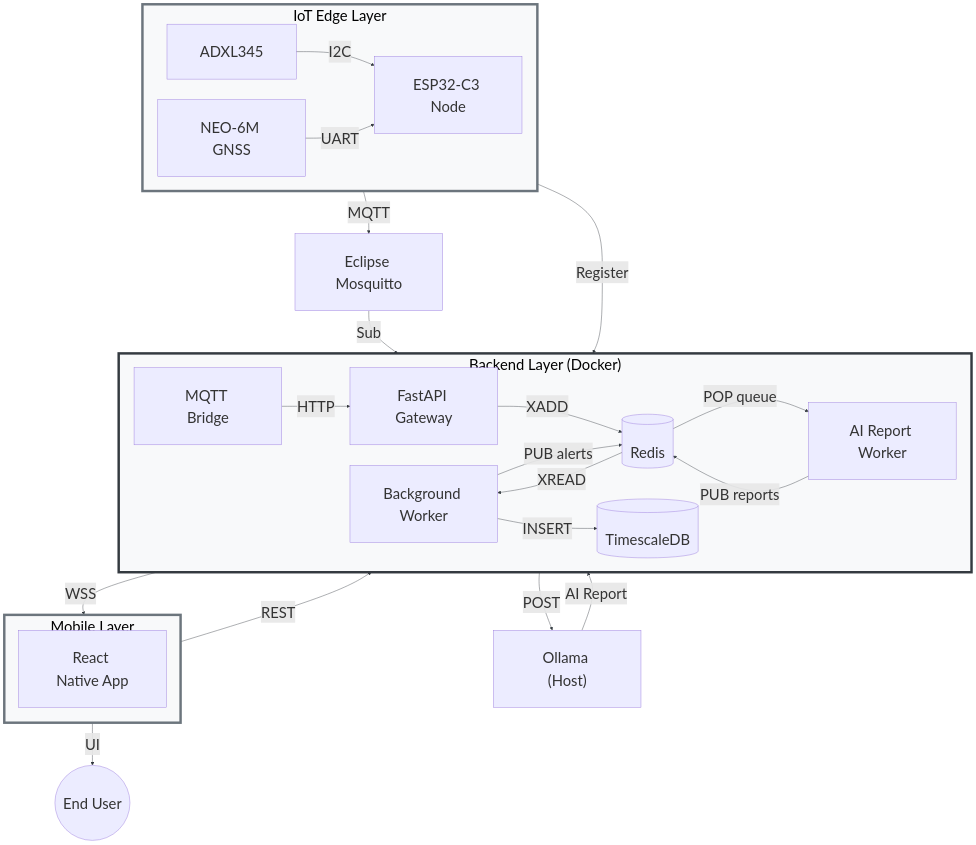
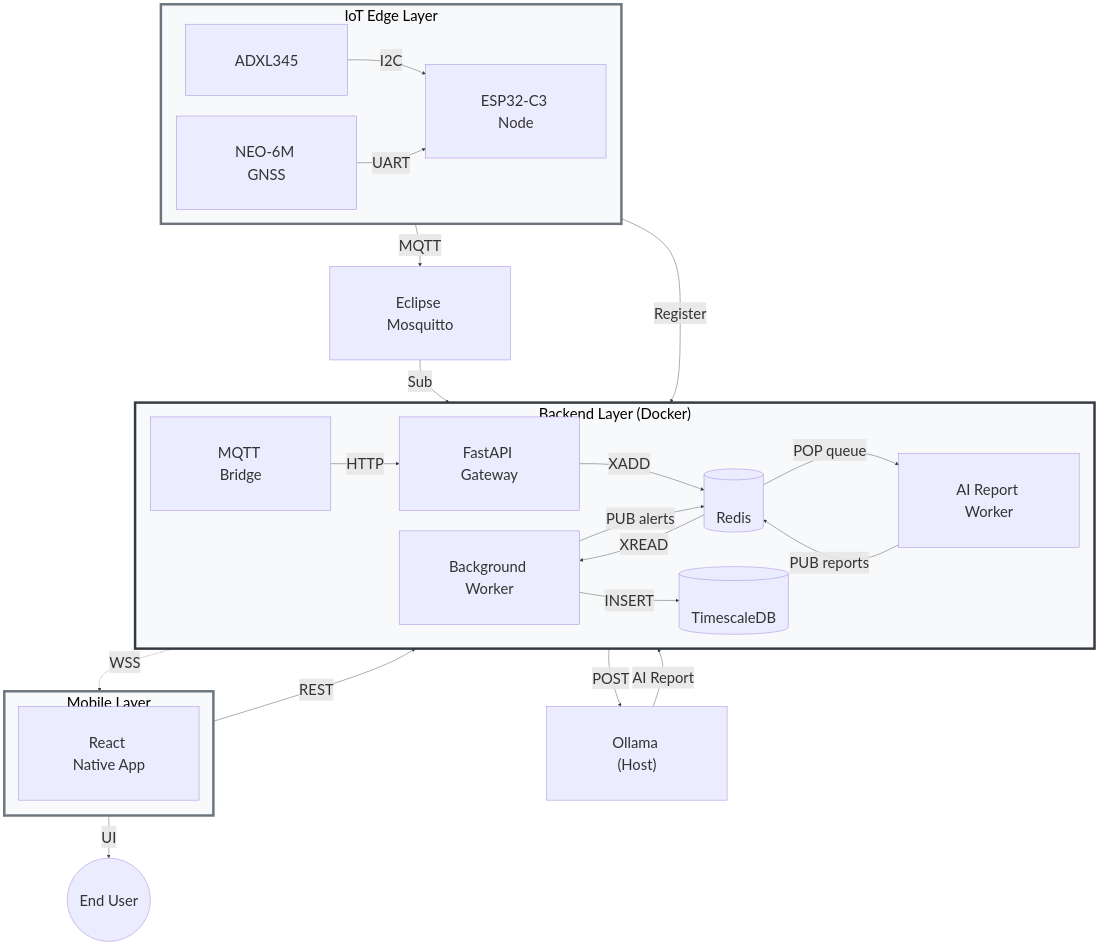
Before and after one commit to GiZano/QuakeGuard: the second of 2 diagrams in docs/diagrams/c4-context.md, drawn with Mermaid. The commit also changed 1 other file, not shown here.

Commit message:
docs(whitepaper): fix dagre rendering of figure 2

````diff
--- a/docs/diagrams/c4-context.md
+++ b/docs/diagrams/c4-context.md
@@ -48,53 +48,53 @@
 ```mermaid
 ---
 config:
   themeVariables:
     fontSize: 36px
     lineColor: '#343a40'
   flowchart:
-    padding: 40
+    padding: 60
   layout: fixed
 ---
 flowchart TB
  subgraph edge["IoT Edge Layer<br>"]
     direction LR
         adxl["ADXL345"]
         gnss["NEO-6M GNSS"]
         esp32["ESP32-C3 Node"]
   end
  subgraph mobile["Mobile Layer<br>"]
     direction TB
         app["React Native App"]
   end
  subgraph backend["Backend Layer (Docker)<br>"]
     direction LR
         worker["Background Worker"]
         mqtt_bridge["MQTT Bridge"]
         api["FastAPI Gateway"]
         redis[("Redis")]
         ai_worker["AI Report Worker"]
         postgres[("TimescaleDB")]
   end
     adxl -- I2C --> esp32
     gnss -- UART --> esp32
     edge ~~~ mobile
     mqtt_bridge -- HTTP --> api
     api -- XADD --> redis
     redis -- XREAD --> worker
     worker -- INSERT --> postgres
     worker -- PUB alerts --> redis
     redis -- POP queue --> ai_worker
     esp32 -- Register --> api
     esp32 -- MQTT --> mosquitto["Eclipse Mosquitto"]
     mosquitto -- Sub --> mqtt_bridge
     ai_worker -- POST --> ollama["Ollama (Host)"]
     ai_worker -- PUB reports --> redis
-    api -- WSS --> app
+    api -. WSS .-> app
     app -- REST --> api
     app -- UI --> user(("End User"))
     ollama -- AI Report --> ai_worker
 
     style edge fill:#f8f9fa,stroke:#6c757d,stroke-width:6px,color:#000
     style mobile fill:#f8f9fa,stroke:#6c757d,stroke-width:6px,color:#000
     style backend fill:#f8f9fa,stroke:#343a40,stroke-width:6px,color:#000
 ```
````
